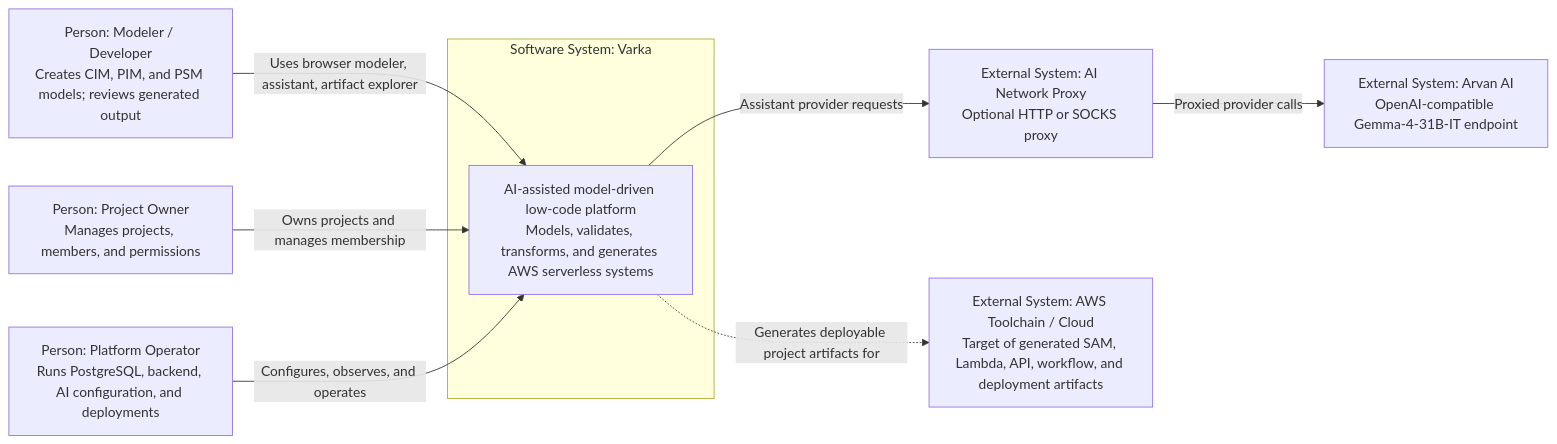
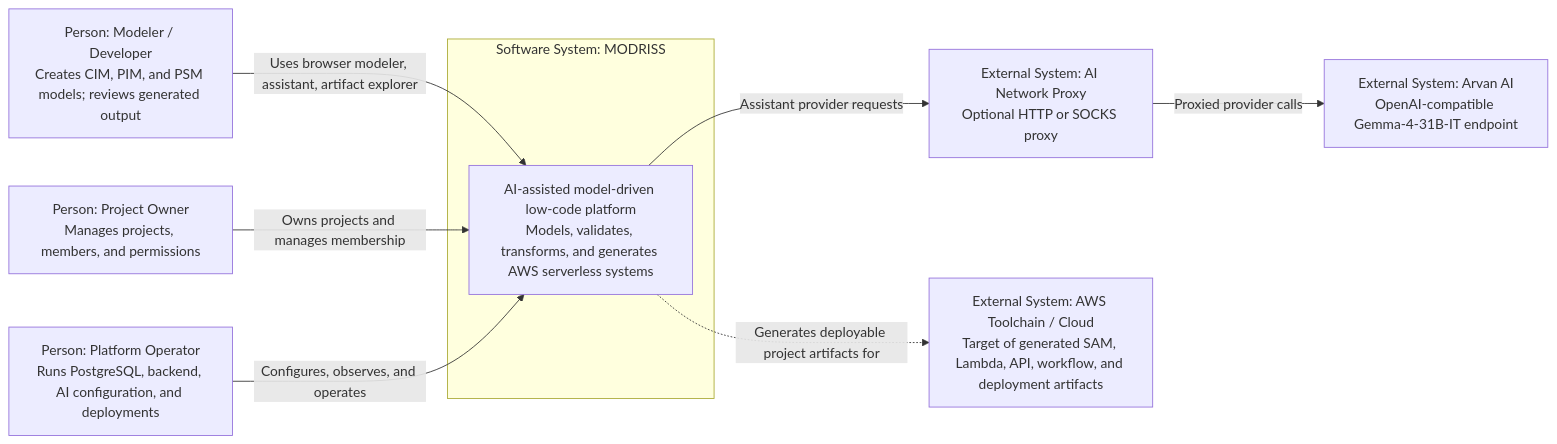
One commit to mehdieidi/modriss changed the first of 2 diagrams in docs/diagrams/01-c4-system-context.md. Above: the diagram before and after it, drawn with Mermaid. The commit also changed 933 other files, not shown here.

````diff
--- a/docs/diagrams/01-c4-system-context.md
+++ b/docs/diagrams/01-c4-system-context.md
@@ -3,21 +3,21 @@
 ```mermaid
 flowchart LR
     developer["Person: Modeler / Developer<br/>Creates CIM, PIM, and PSM models; reviews generated output"]
     owner["Person: Project Owner<br/>Manages projects, members, and permissions"]
     operator["Person: Platform Operator<br/>Runs PostgreSQL, backend, AI configuration, and deployments"]
 
-    subgraph varka["Software System: Varka"]
+    subgraph modriss["Software System: MODRISS"]
         system["AI-assisted model-driven low-code platform<br/>Models, validates, transforms, and generates AWS serverless systems"]
     end
 
     llm["External System: Arvan AI<br/>OpenAI-compatible Gemma-4-31B-IT endpoint"]
     proxy["External System: AI Network Proxy<br/>Optional HTTP or SOCKS proxy"]
     aws["External System: AWS Toolchain / Cloud<br/>Target of generated SAM, Lambda, API, workflow, and deployment artifacts"]
 
     developer -->|"Uses browser modeler, assistant, artifact explorer"| system
     owner -->|"Owns projects and manages membership"| system
     operator -->|"Configures, observes, and operates"| system
     system -->|"Assistant provider requests"| proxy
     proxy -->|"Proxied provider calls"| llm
     system -.->|"Generates deployable project artifacts for"| aws
 ```
````
